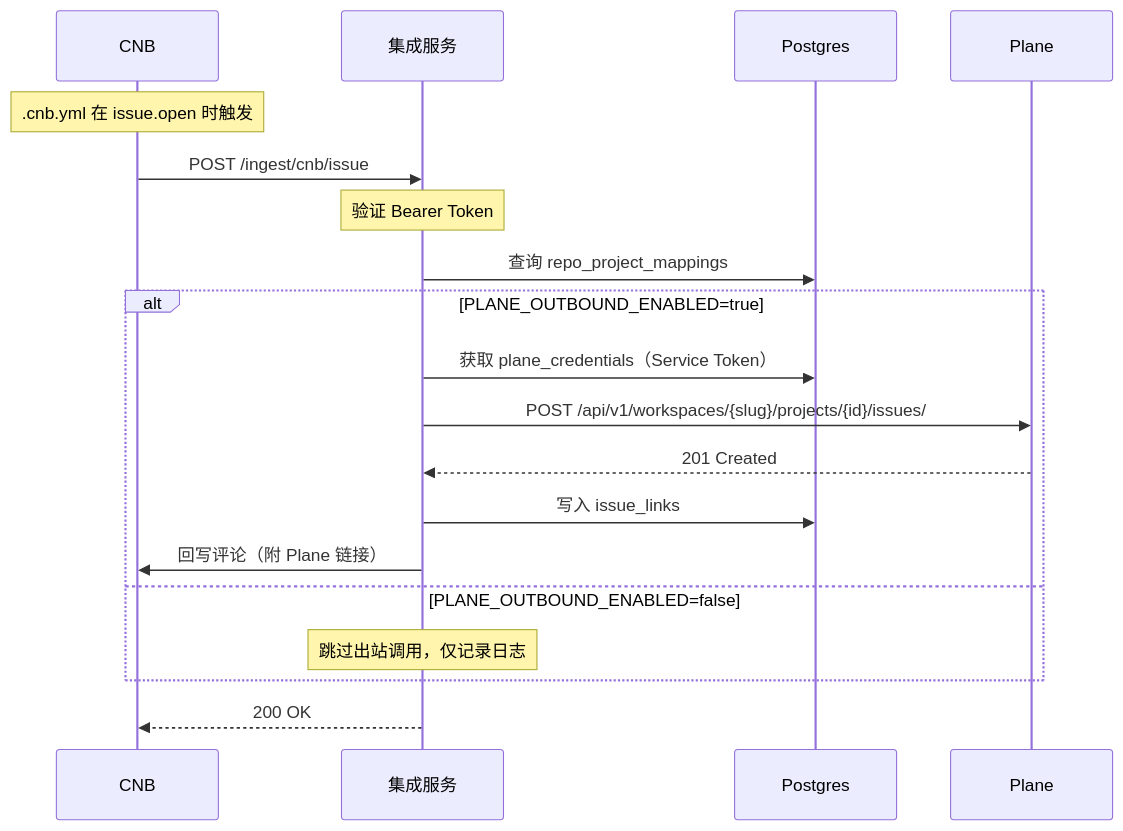
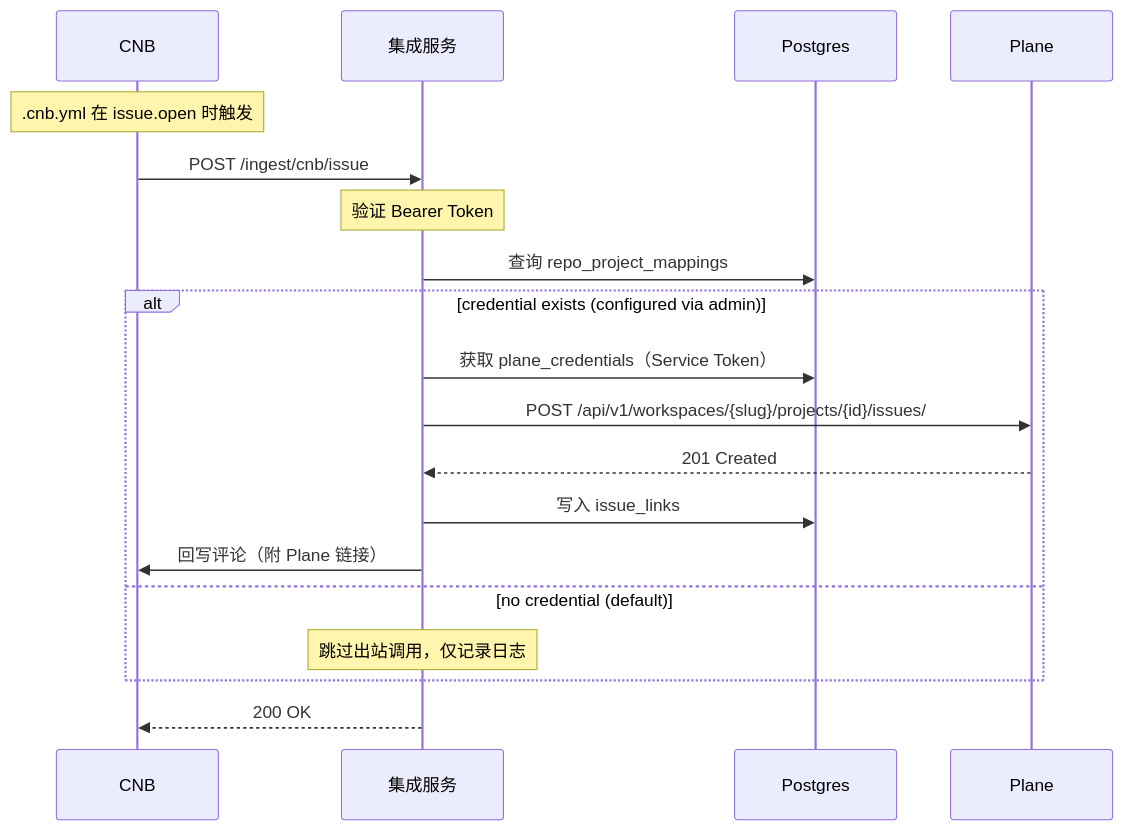
Before and after one commit to CheneyDev/Cabb: the fourth of 5 diagrams in docs/design/cnb-integration-webhook-only.md, drawn with Mermaid. The commit also changed other lines of this file and 17 other files, not shown here.

First line of the commit message:
feat(plane): 实现凭据管理 + 移除 PLANE_OUTBOUND_ENABLED 开关

````diff
--- a/docs/design/cnb-integration-webhook-only.md
+++ b/docs/design/cnb-integration-webhook-only.md
@@ -195,25 +195,25 @@
 ```mermaid
 sequenceDiagram
   participant CNB
   participant SVC as 集成服务
   participant DB as Postgres
   participant Plane
 
   Note over CNB: .cnb.yml 在 issue.open 时触发
   CNB->>SVC: POST /ingest/cnb/issue
   Note over SVC: 验证 Bearer Token
   
   SVC->>DB: 查询 repo_project_mappings
   
-  alt PLANE_OUTBOUND_ENABLED=true
+  alt credential exists (configured via admin)
     SVC->>DB: 获取 plane_credentials（Service Token）
     SVC->>Plane: POST /api/v1/workspaces/{slug}/projects/{id}/issues/
     Plane-->>SVC: 201 Created
     SVC->>DB: 写入 issue_links
     SVC->>CNB: 回写评论（附 Plane 链接）
-  else PLANE_OUTBOUND_ENABLED=false
+  else no credential (default)
     Note over SVC: 跳过出站调用，仅记录日志
   end
   
   SVC-->>CNB: 200 OK
 ```
````
